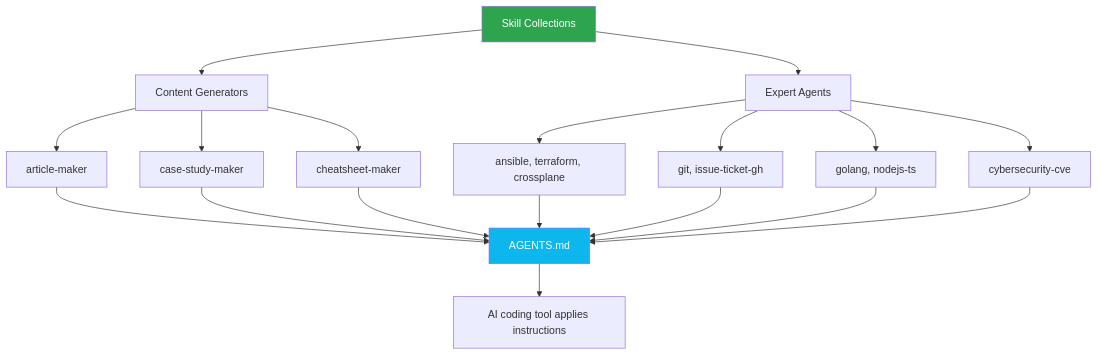
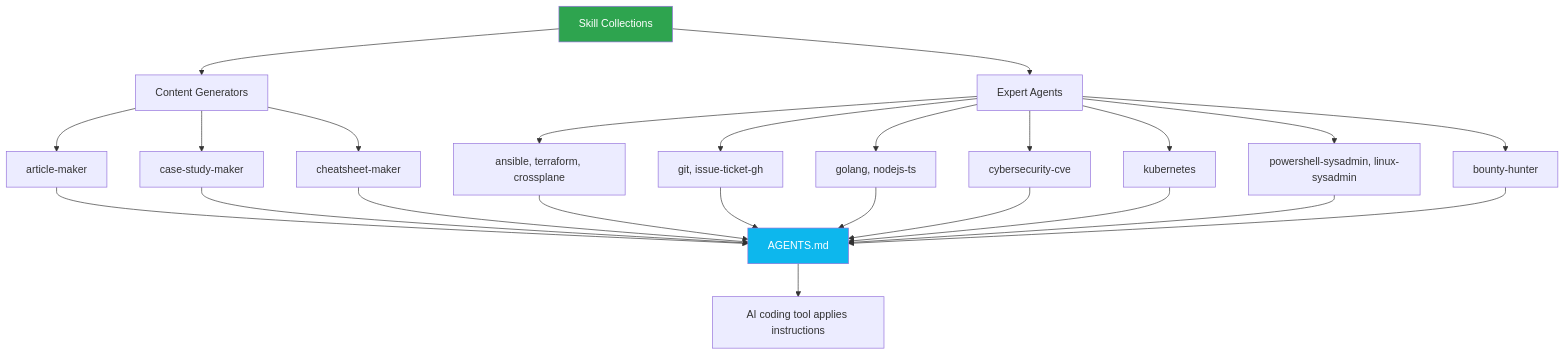
Before and after one commit to marcuwynu23/skill-collections: the diagram in README.md, drawn with Mermaid. The commit also changed other lines of this file, not shown here.

````diff
--- a/README.md
+++ b/README.md
@@ -46,20 +46,23 @@
 ```mermaid
 flowchart TD
     A[Skill Collections] --> B[Content Generators]
     A --> C[Expert Agents]
 
     B --> B1[article-maker]
     B --> B2[case-study-maker]
     B --> B3[cheatsheet-maker]
 
     C --> C1[ansible, terraform, crossplane]
     C --> C2[git, issue-ticket-gh]
     C --> C3[golang, nodejs-ts]
     C --> C4[cybersecurity-cve]
+    C --> C5[kubernetes]
+    C --> C6[powershell-sysadmin, linux-sysadmin]
+    C --> C7[bounty-hunter]
 
-    B1 & B2 & B3 & C1 & C2 & C3 & C4 --> D[AGENTS.md]
+    B1 & B2 & B3 & C1 & C2 & C3 & C4 & C5 & C6 & C7 --> D[AGENTS.md]
     D --> E[AI coding tool applies instructions]
 
     style A fill:#2ea44f,color:#fff
     style D fill:#0db7ed,color:#fff
 ```
````
